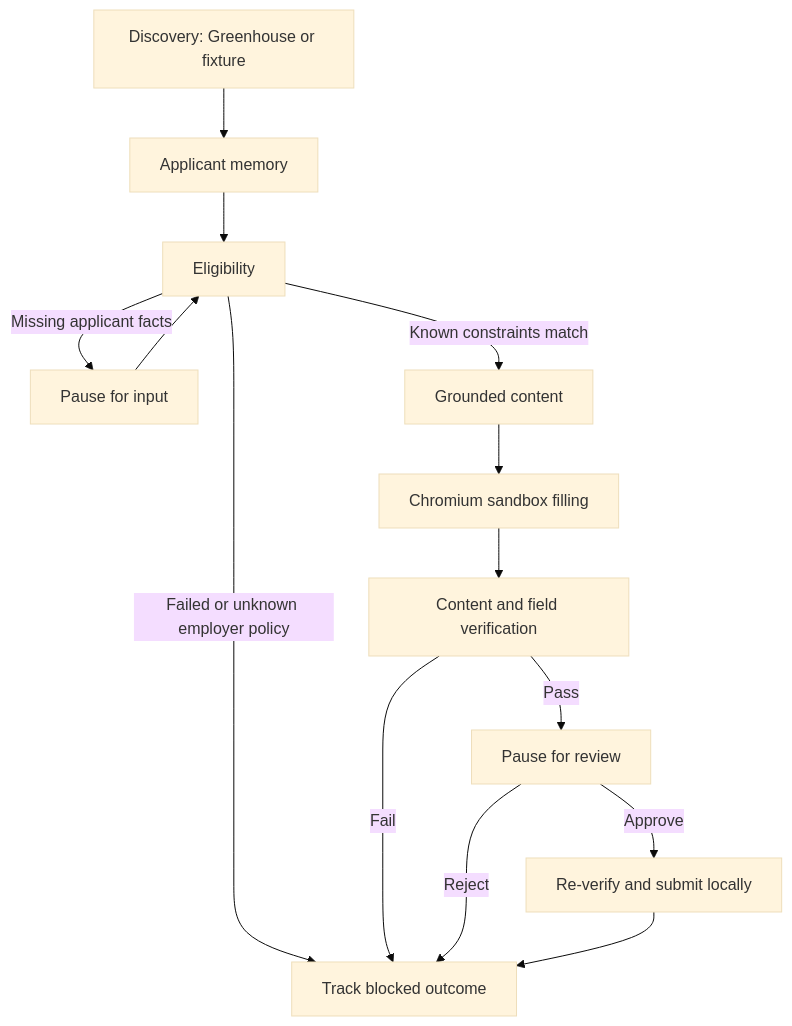
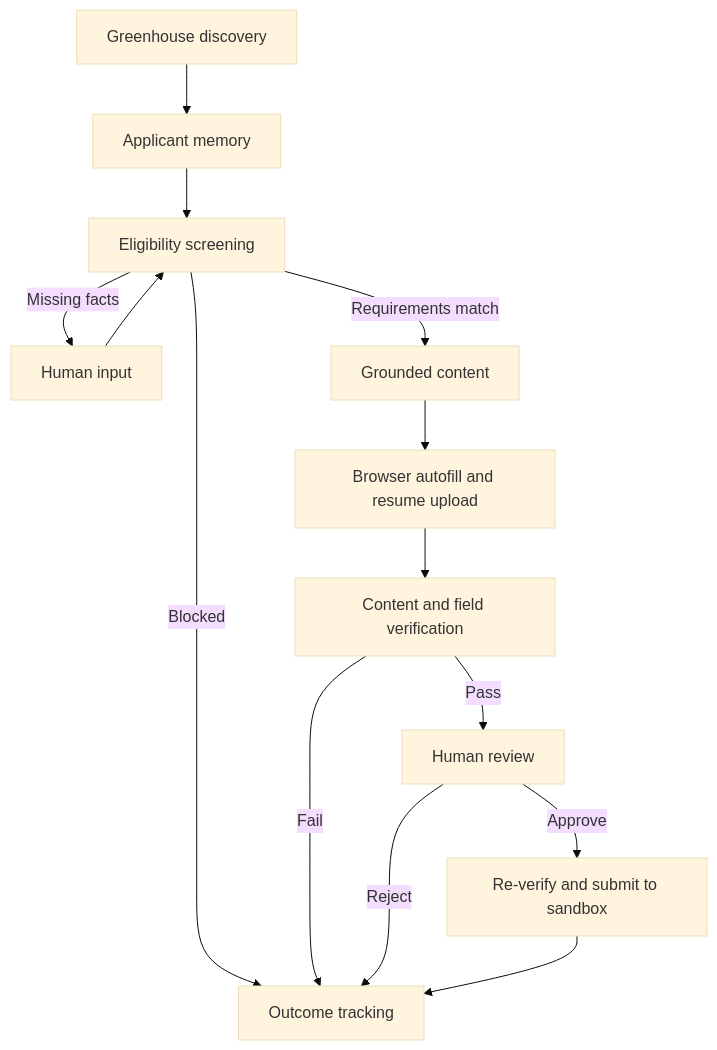
Before and after one commit to tanish-malekar/applypilot: the diagram in README.md, drawn with Mermaid (base theme). The commit also changed other lines of this file and 13 other files, not shown here.

````diff
--- a/README.md
+++ b/README.md
@@ -43,16 +34,16 @@
 ```mermaid
 flowchart TD
-    D[Discovery: Greenhouse or fixture] --> M[Applicant memory]
-    M --> E[Eligibility]
-    E -->|Missing applicant facts| H[Pause for input]
+    D[Greenhouse discovery] --> M[Applicant memory]
+    M --> E[Eligibility screening]
+    E -->|Missing facts| H[Human input]
     H --> E
-    E -->|Known constraints match| C[Grounded content]
-    E -->|Failed or unknown employer policy| T[Track blocked outcome]
-    C --> A[Chromium sandbox filling]
+    E -->|Requirements match| C[Grounded content]
+    E -->|Blocked| T[Outcome tracking]
+    C --> A[Browser autofill and resume upload]
     A --> V[Content and field verification]
-    V -->|Pass| R[Pause for review]
+    V -->|Pass| R[Human review]
     V -->|Fail| T
-    R -->|Approve| S[Re-verify and submit locally]
+    R -->|Approve| S[Re-verify and submit to sandbox]
     R -->|Reject| T
     S --> T
 ```
````
